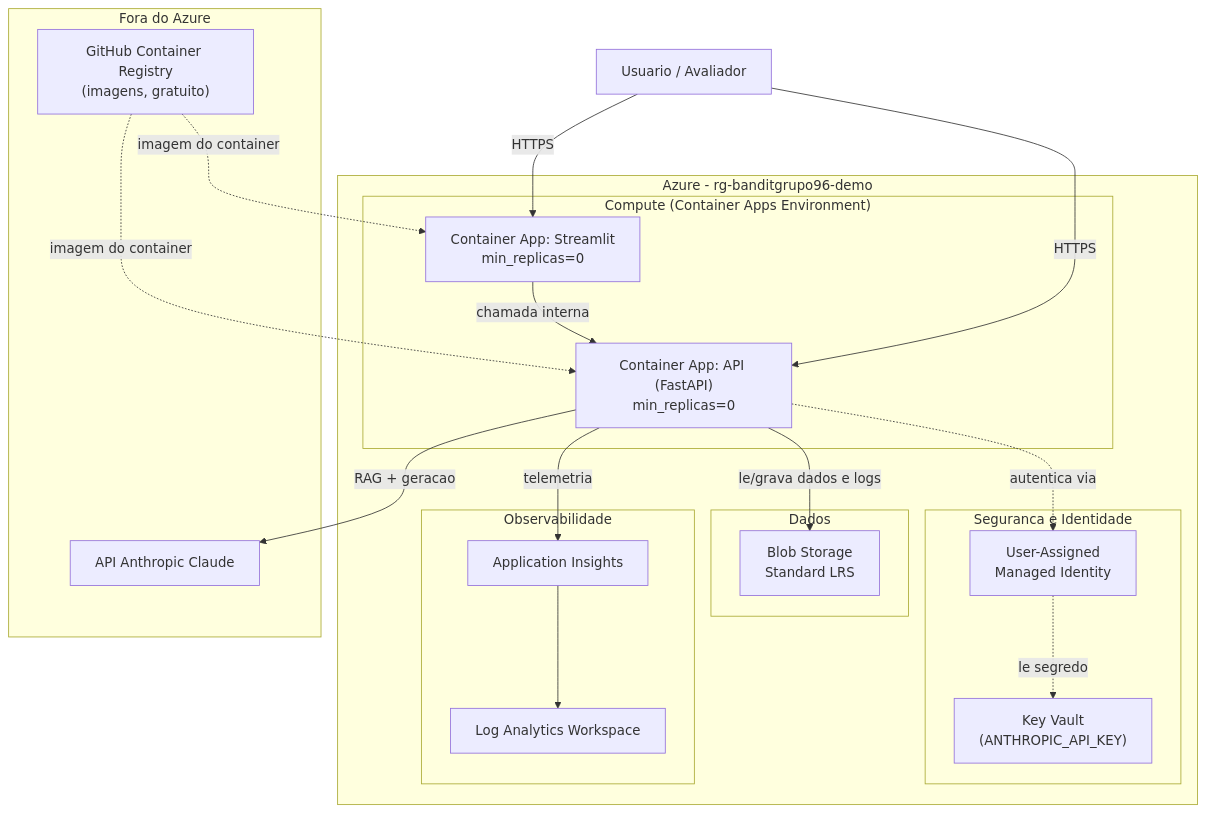
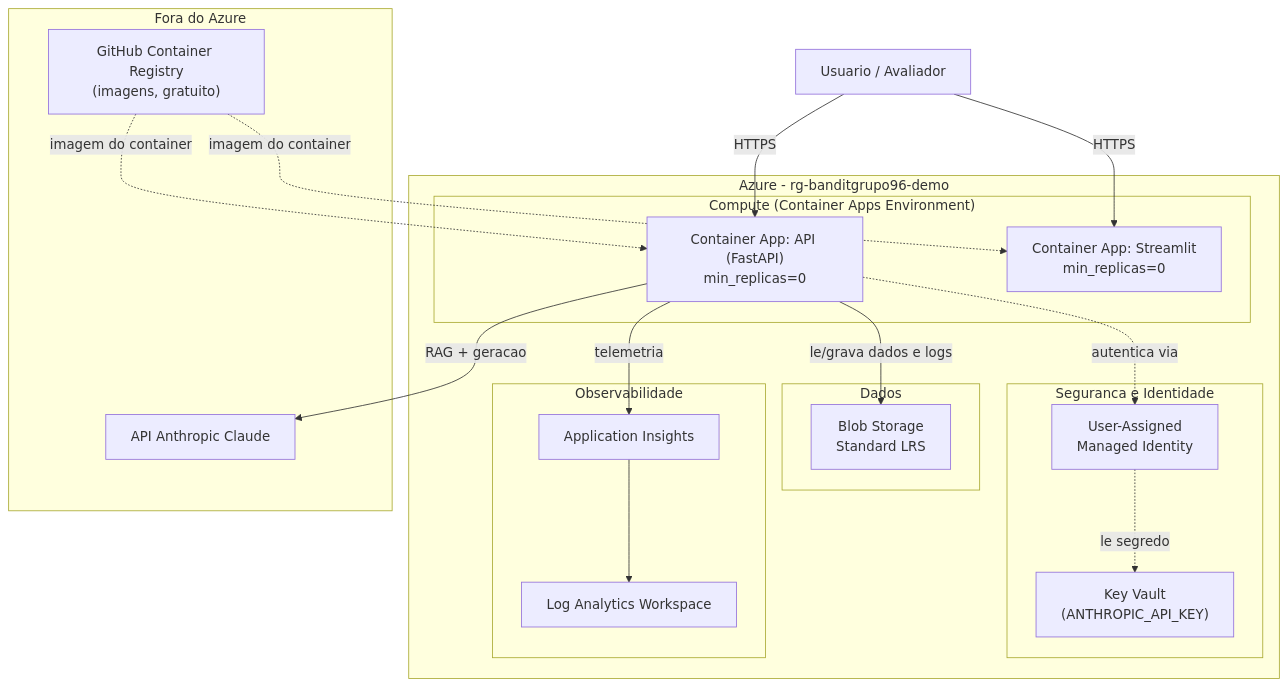
Before and after one commit to Pos-Tech-Fiap-ML-Engineering/datathon-7mlet-grupo-96: the diagram in docs/architecture-azure.md, drawn with Mermaid. The commit also changed other lines of this file and 1 other file, not shown here.

Commit message:
chore: Correct architecture diagram and wire Key Vault plumbing env vars

````diff
--- a/docs/architecture-azure.md
+++ b/docs/architecture-azure.md
@@ -13,42 +13,41 @@
 ```mermaid
 graph TB
     User["Usuario / Avaliador"]
 
     subgraph Azure["Azure - rg-banditgrupo96-demo"]
         subgraph Compute["Compute (Container Apps Environment)"]
             API["Container App: API (FastAPI)<br/>min_replicas=0"]
             UI["Container App: Streamlit<br/>min_replicas=0"]
         end
 
         subgraph Dados["Dados"]
             Blob["Blob Storage<br/>Standard LRS"]
         end
 
         subgraph Seguranca["Seguranca e Identidade"]
             KV["Key Vault<br/>(ANTHROPIC_API_KEY)"]
             MI["User-Assigned<br/>Managed Identity"]
         end
 
         subgraph Obs["Observabilidade"]
             AI["Application Insights"]
             LA["Log Analytics Workspace"]
         end
     end
 
     subgraph Externo["Fora do Azure"]
         Anthropic["API Anthropic Claude"]
         GHCR["GitHub Container Registry<br/>(imagens, gratuito)"]
     end
 
     User -->|HTTPS| UI
     User -->|HTTPS| API
-    UI -->|chamada interna| API
     API -->|le/grava dados e logs| Blob
     API -->|RAG + geracao| Anthropic
     API -.->|autentica via| MI
     MI -.->|le segredo| KV
     API -->|telemetria| AI
     AI --> LA
     GHCR -.->|imagem do container| API
     GHCR -.->|imagem do container| UI
 ```
````
